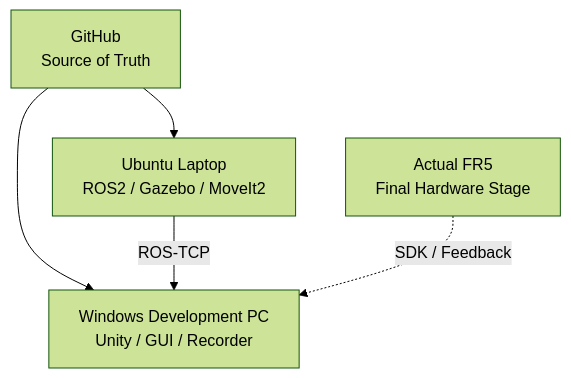
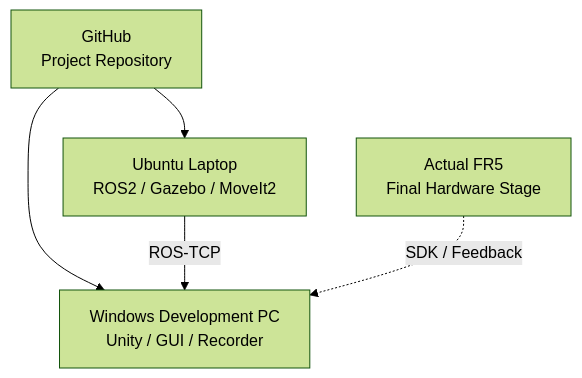
The sixth of 6 diagrams in README.md (seongyeop-dev/fr5-unity-digital-twin), drawn with Mermaid (forest theme) before and after one commit. The commit also changed other lines of this file and 17 other files, not shown here.

````diff
--- a/README.md
+++ b/README.md
@@ -239,12 +236,12 @@
 ```mermaid
 flowchart TB
-    GH["GitHub<br/>Source of Truth"]
+    GH["GitHub<br/>Project Repository"]
     DEV["Windows Development PC<br/>Unity / GUI / Recorder"]
     LAP["Ubuntu Laptop<br/>ROS2 / Gazebo / MoveIt2"]
     HW["Actual FR5<br/>Final Hardware Stage"]
 
     GH --> DEV
     GH --> LAP
     LAP -->|ROS-TCP| DEV
     HW -. SDK / Feedback .-> DEV
 ```
````
